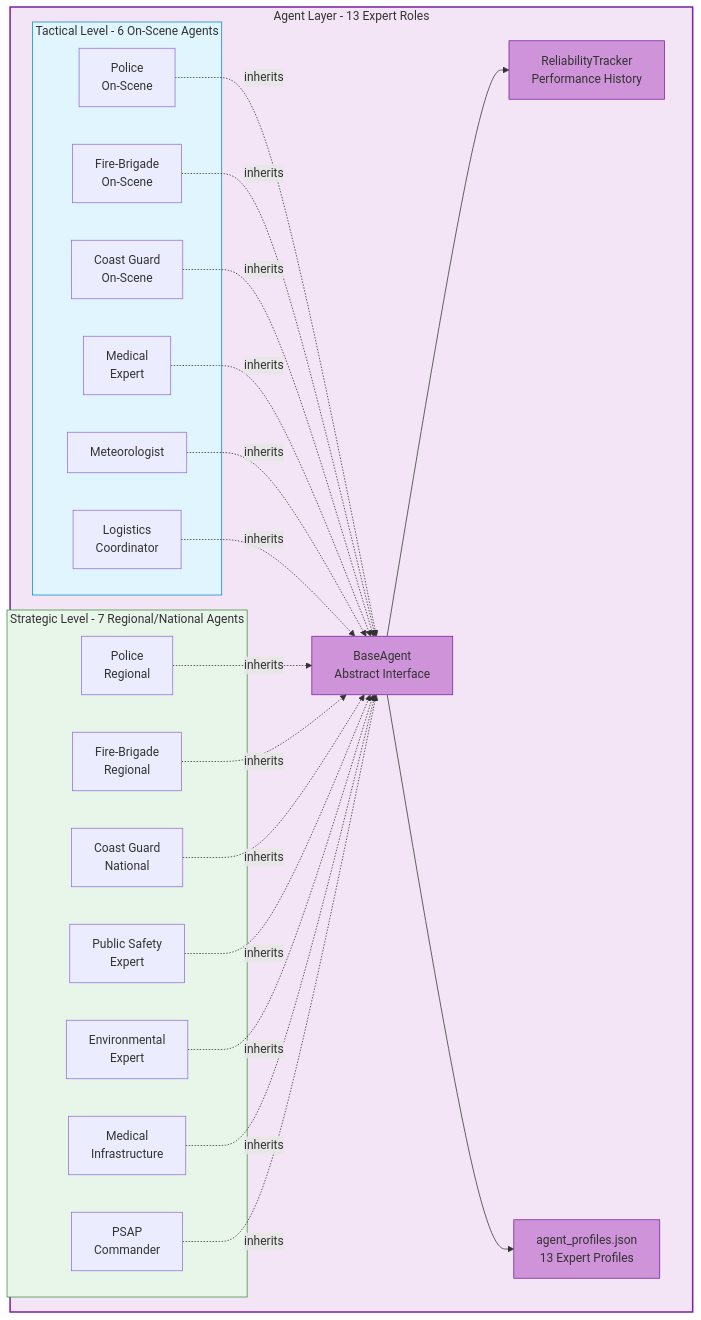
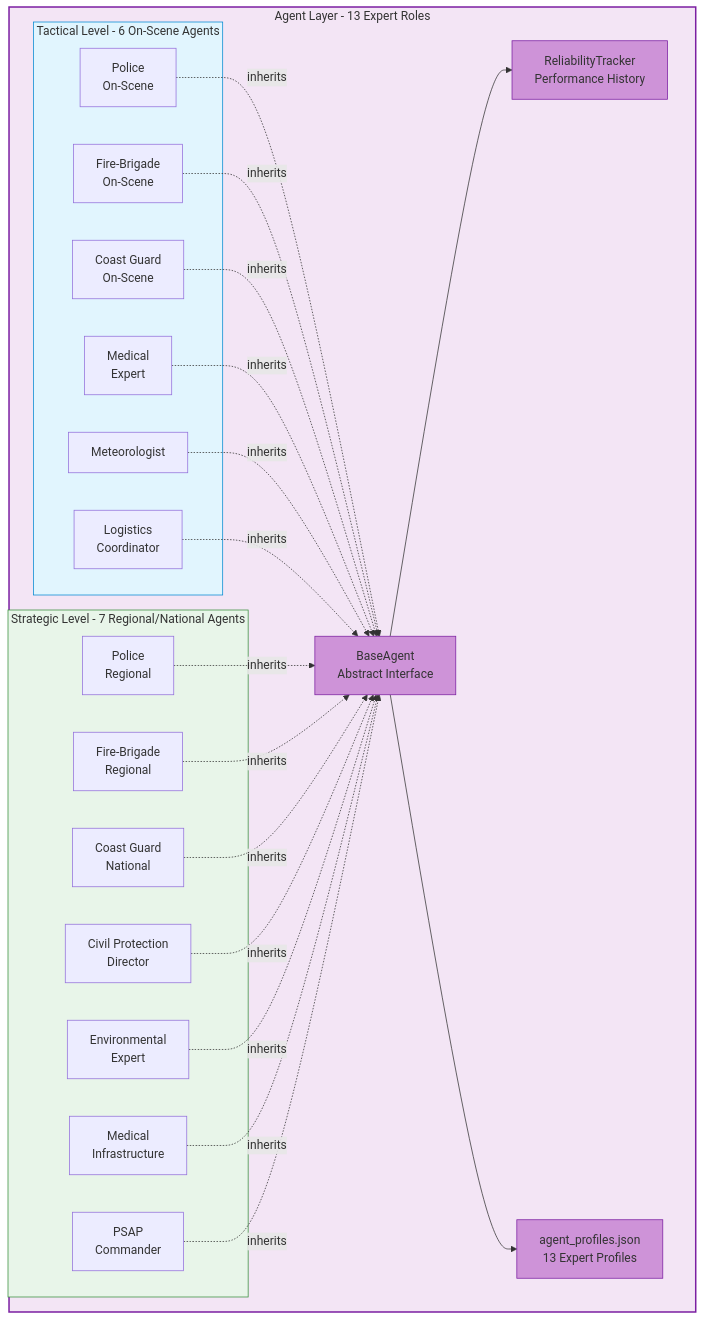
The fourth of 22 diagrams in ARCHITECTURE_DIAGRAMS.md (kerbgr/crisis_mas_poc), drawn with Mermaid before and after one commit. The commit also changed other lines of this file and 8 other files, not shown here.

Commit message:
cleaning mds from older documantation and updating the architecture diagrams and documentation to reflect the current state of the proje

````diff
--- a/ARCHITECTURE_DIAGRAMS.md
+++ b/ARCHITECTURE_DIAGRAMS.md
@@ -185,40 +185,40 @@
 ```mermaid
 graph TB
     subgraph Agents["Agent Layer - 13 Expert Roles"]
         BA[BaseAgent<br/>Abstract Interface]
 
         subgraph Tactical["Tactical Level - 6 On-Scene Agents"]
             T1[Police<br/>On-Scene]
             T2[Fire-Brigade<br/>On-Scene]
             T3[Coast Guard<br/>On-Scene]
             T4[Medical<br/>Expert]
             T5[Meteorologist]
             T6[Logistics<br/>Coordinator]
         end
 
         subgraph Strategic["Strategic Level - 7 Regional/National Agents"]
             S1[Police<br/>Regional]
             S2[Fire-Brigade<br/>Regional]
             S3[Coast Guard<br/>National]
-            S4[Public Safety<br/>Expert]
+            S4[Civil Protection<br/>Director]
             S5[Environmental<br/>Expert]
             S6[Medical<br/>Infrastructure]
             S7[PSAP<br/>Commander]
         end
 
         RT[ReliabilityTracker<br/>Performance History]
         PROFILES[agent_profiles.json<br/>13 Expert Profiles]
     end
 
     T1 & T2 & T3 & T4 & T5 & T6 -.->|inherits| BA
     S1 & S2 & S3 & S4 & S5 & S6 & S7 -.->|inherits| BA
     BA --> RT
     BA --> PROFILES
 
     style Agents fill:#f3e5f5,stroke:#7b1fa2,stroke-width:2px
     style Tactical fill:#e1f5fe,stroke:#0288d1,stroke-width:1px
     style Strategic fill:#e8f5e9,stroke:#388e3c,stroke-width:1px
     style BA fill:#ce93d8,stroke:#7b1fa2
     style RT fill:#ce93d8,stroke:#7b1fa2
     style PROFILES fill:#ce93d8,stroke:#7b1fa2
 ```
````
